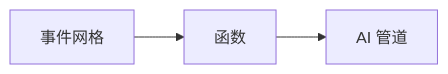
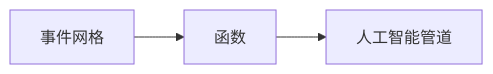
One commit to microsoft/AZD-for-beginners changed the second of 2 diagrams in translations/zh-CN/docs/chapter-08-production/README.md. Above: the diagram before and after it, drawn with Mermaid. The commit also changed other lines of this file and 60 other files, not shown here.

````diff
--- a/translations/zh-CN/docs/chapter-08-production/README.md
+++ b/translations/zh-CN/docs/chapter-08-production/README.md
@@ -57,4 +57,4 @@
 ```mermaid
 graph LR
-    EventGrid[事件网格] --> Functions[函数] --> Pipeline[AI 管道]
+    EventGrid[事件网格] --> Functions[函数] --> Pipeline[人工智能管道]
 ```
````
